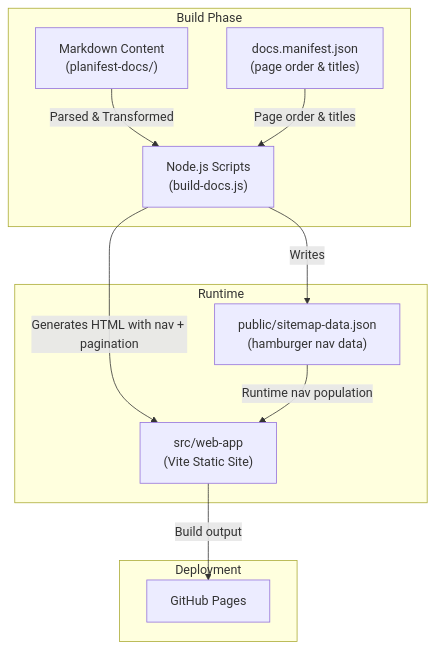
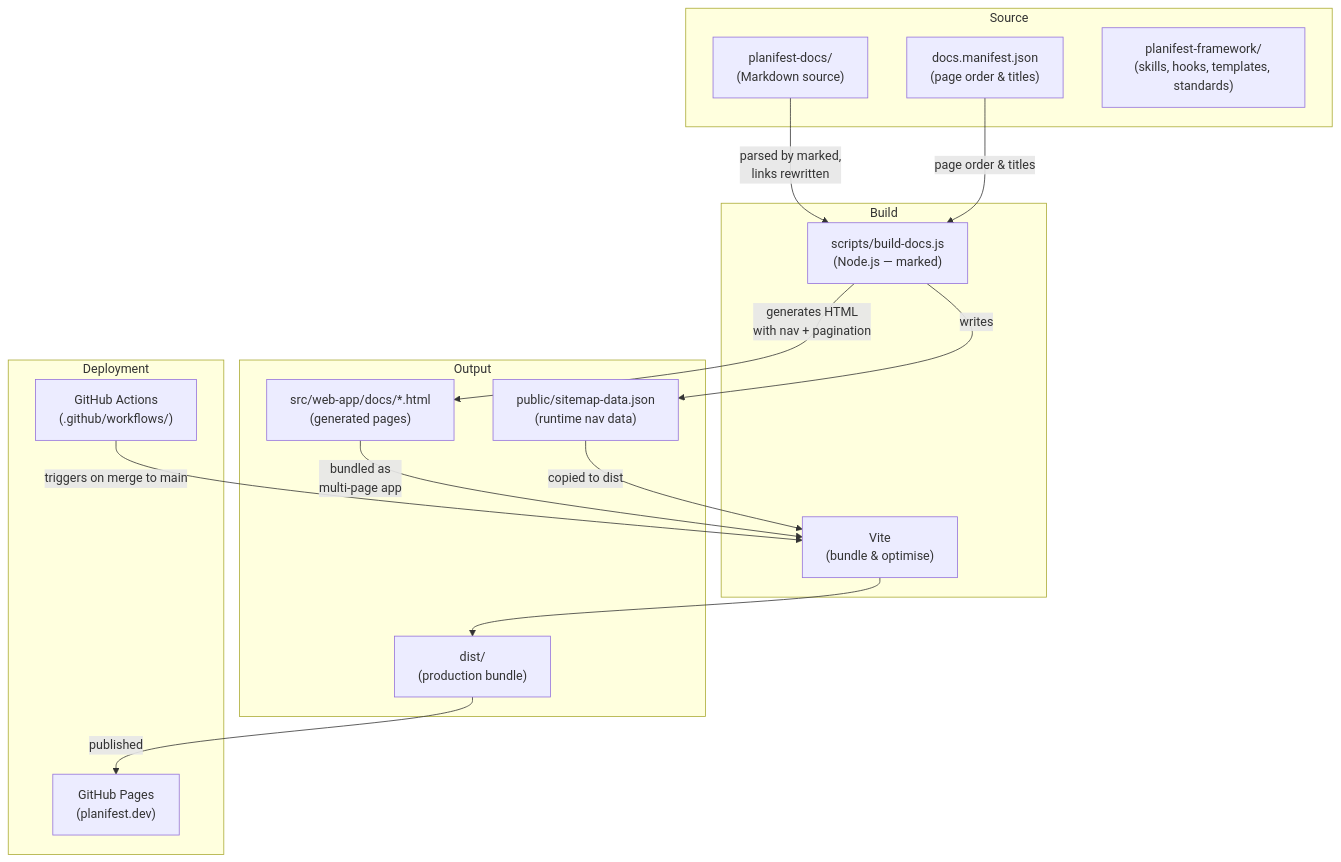
Before and after one commit to planifest/planifest-docs: the first of 3 diagrams in docs/dependency-graph.md, drawn with Mermaid. The commit also changed other lines of this file and 108 other files, not shown here.

````diff
--- a/docs/dependency-graph.md
+++ b/docs/dependency-graph.md
@@ -3,24 +9,34 @@
 ```mermaid
 graph TD
-    subgraph Build Phase
-        md["Markdown Content\n(planifest-docs/)"]
+    subgraph Source
+        md["planifest-docs/\n(Markdown source)"]
         manifest["docs.manifest.json\n(page order & titles)"]
-        builder["Node.js Scripts\n(build-docs.js)"]
-    end
-    
-    subgraph Runtime
-        webapp["src/web-app\n(Vite Static Site)"]
-        sitemap["public/sitemap-data.json\n(hamburger nav data)"]
-    end
-    
-    subgraph Deployment
-        ghpages["GitHub Pages"]
+        framework["planifest-framework/\n(skills, hooks, templates, standards)"]
     end
 
-    md -- "Parsed & Transformed" --> builder
-    manifest -- "Page order & titles" --> builder
-    builder -- "Generates HTML with nav + pagination" --> webapp
-    builder -- "Writes" --> sitemap
-    sitemap -- "Runtime nav population" --> webapp
-    webapp -- "Build output" --> ghpages
+    subgraph Build
+        builder["scripts/build-docs.js\n(Node.js — marked)"]
+        vite["Vite\n(bundle & optimise)"]
+    end
+
+    subgraph Output
+        html["src/web-app/docs/*.html\n(generated pages)"]
+        sitemap["public/sitemap-data.json\n(runtime nav data)"]
+        dist["dist/\n(production bundle)"]
+    end
+
+    subgraph Deployment
+        ghpages["GitHub Pages\n(planifest.dev)"]
+        ci["GitHub Actions\n(.github/workflows/)"]
+    end
+
+    md -- "parsed by marked,\nlinks rewritten" --> builder
+    manifest -- "page order & titles" --> builder
+    builder -- "generates HTML\nwith nav + pagination" --> html
+    builder -- "writes" --> sitemap
+    html -- "bundled as\nmulti-page app" --> vite
+    sitemap -- "copied to dist" --> vite
+    vite --> dist
+    ci -- "triggers on merge to main" --> vite
+    dist -- "published" --> ghpages
 ```
````
